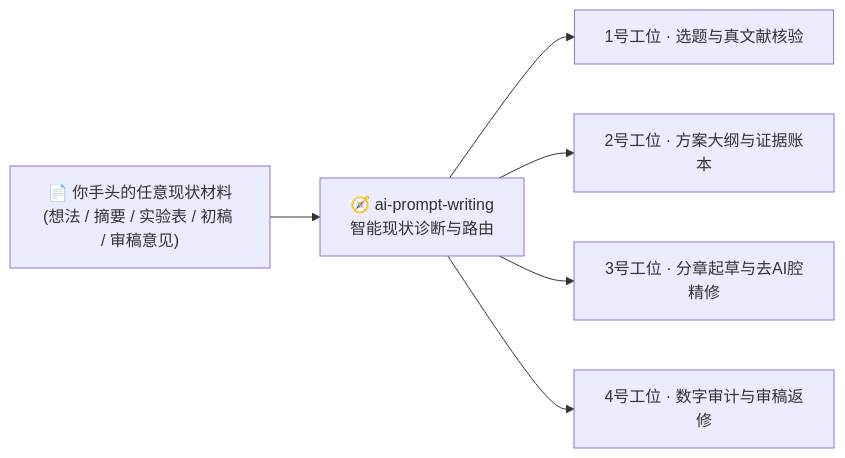
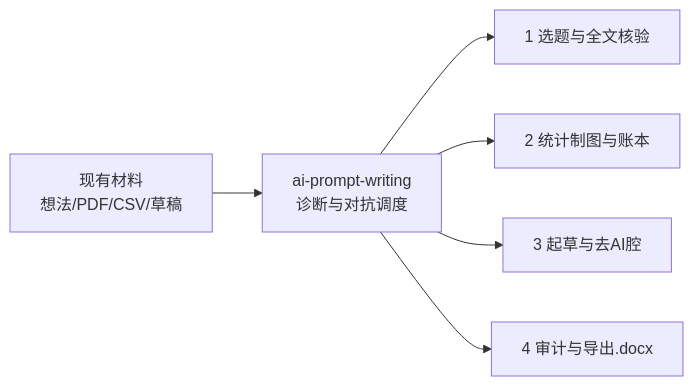
One commit to huh7i5/AI-prompts-writing changed the diagram in README.md. Above: the diagram before and after it, drawn with Mermaid. The commit also changed other lines of this file and 18 other files, not shown here.

First line of the commit message:
Add PDF full-text indexer, CSV stats/SVG plotter, .docx/.tex exporter, slim READMEs, and GitHub Pages prompt builder

````diff
--- a/README.md
+++ b/README.md
@@ -1649,8 +1625,8 @@
 ```mermaid
 flowchart LR
-    Input["📄 你手头的任意现状材料<br>(想法 / 摘要 / 实验表 / 初稿 / 审稿意见)"] --> Router["🧭 ai-prompt-writing<br>智能现状诊断与路由"]
-    Router --> S1["1号工位 · 选题与真文献核验"]
-    Router --> S2["2号工位 · 方案大纲与证据账本"]
-    Router --> S3["3号工位 · 分章起草与去AI腔精修"]
-    Router --> S4["4号工位 · 数字审计与审稿返修"]
+    Raw["现有材料<br>想法/PDF/CSV/草稿"] --> Router["ai-prompt-writing<br>诊断与对抗调度"]
+    Router --> S1["1 选题与全文核验"]
+    Router --> S2["2 统计制图与账本"]
+    Router --> S3["3 起草与去AI腔"]
+    Router --> S4["4 审计与导出.docx"]
 ```
````
